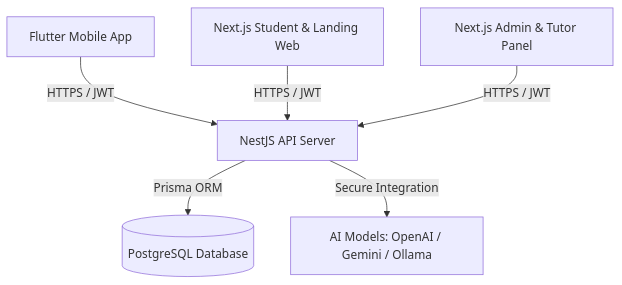
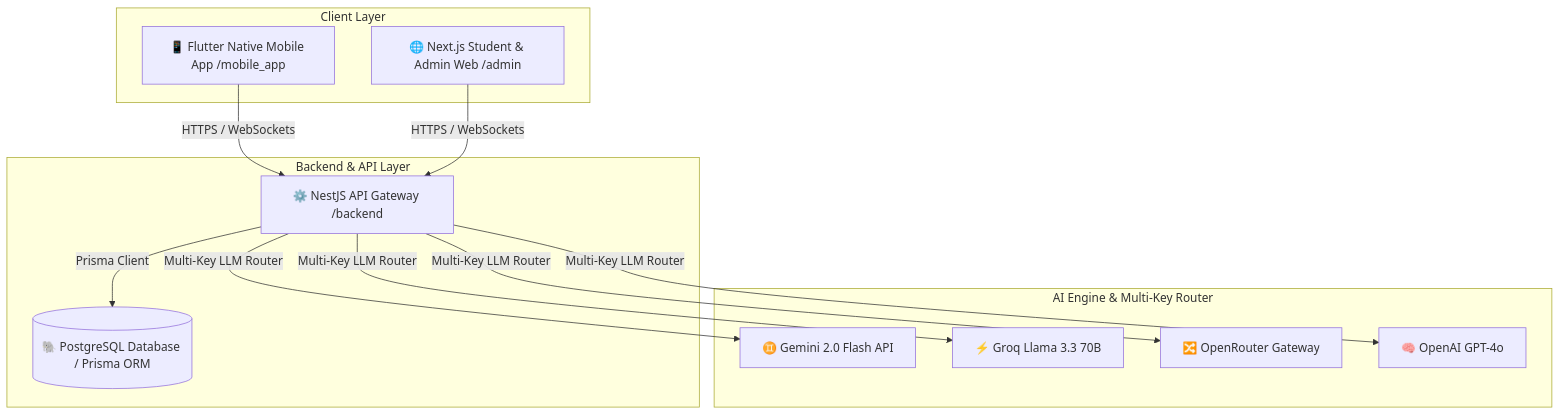
The diagram in README.md (Omatsulijoshua/AuraLingo-AI-), drawn with Mermaid before and after one commit. The commit also changed other lines of this file and 275 other files, not shown here.

Commit message:
feat: AuraLingo AI multi-modal platform transformation (web, backend, mobile app, custom logo, favicons, Royal Amethyst theme, and master README)

````diff
--- a/README.md
+++ b/README.md
@@ -9,8 +37,27 @@
 ```mermaid
 graph TD
-    A[Flutter Mobile App] -->|HTTPS / JWT| C[NestJS API Server]
-    B[Next.js Student & Landing Web] -->|HTTPS / JWT| C
-    D[Next.js Admin & Tutor Panel] -->|HTTPS / JWT| C
-    C -->|Prisma ORM| E[(PostgreSQL Database)]
-    C -->|Secure Integration| F[AI Models: OpenAI / Gemini / Ollama]
+    subgraph Client Layer
+        A[📱 Flutter Native Mobile App /mobile_app]
+        B[🌐 Next.js Student & Admin Web /admin]
+    end
+
+    subgraph Backend & API Layer
+        C[⚙️ NestJS API Gateway /backend]
+        D[(🐘 PostgreSQL Database / Prisma ORM)]
+    end
+
+    subgraph AI Engine & Multi-Key Router
+        E[♊ Gemini 2.0 Flash API]
+        F[⚡ Groq Llama 3.3 70B]
+        G[🔀 OpenRouter Gateway]
+        H[🧠 OpenAI GPT-4o]
+    end
+
+    A -->|HTTPS / WebSockets| C
+    B -->|HTTPS / WebSockets| C
+    C -->|Prisma Client| D
+    C -->|Multi-Key LLM Router| E
+    C -->|Multi-Key LLM Router| F
+    C -->|Multi-Key LLM Router| G
+    C -->|Multi-Key LLM Router| H
 ```
````
